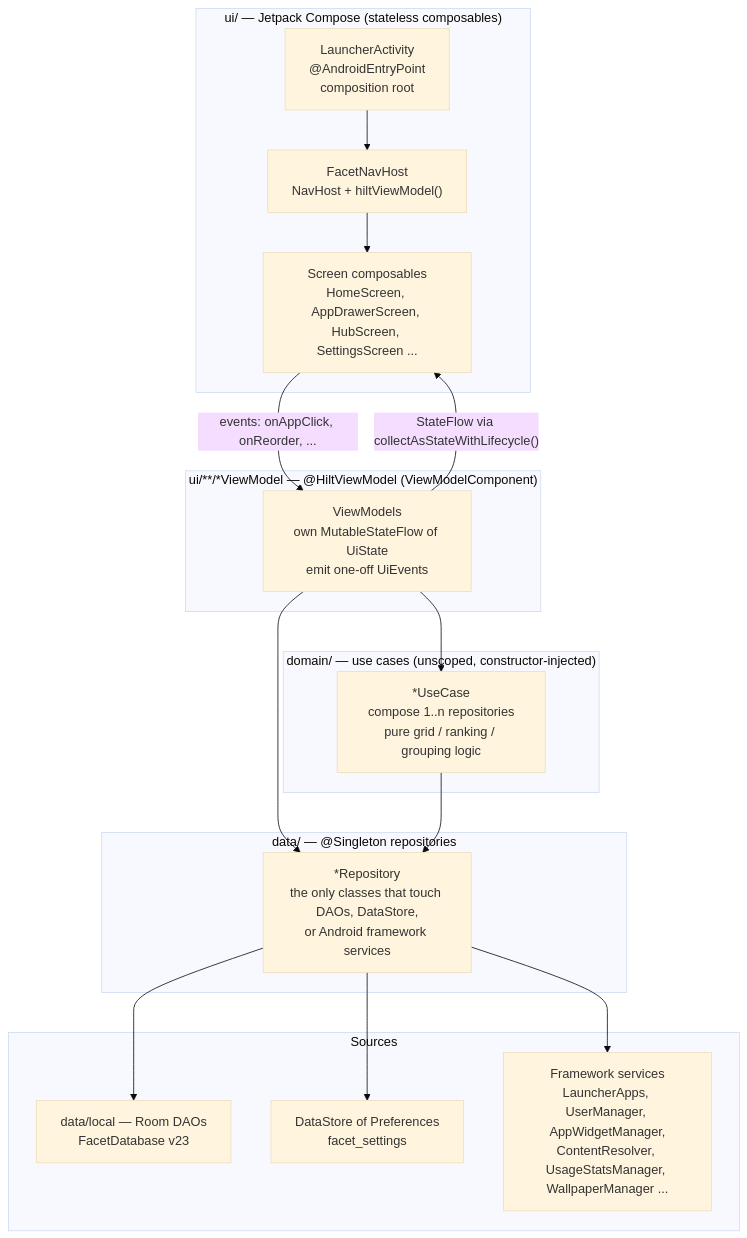
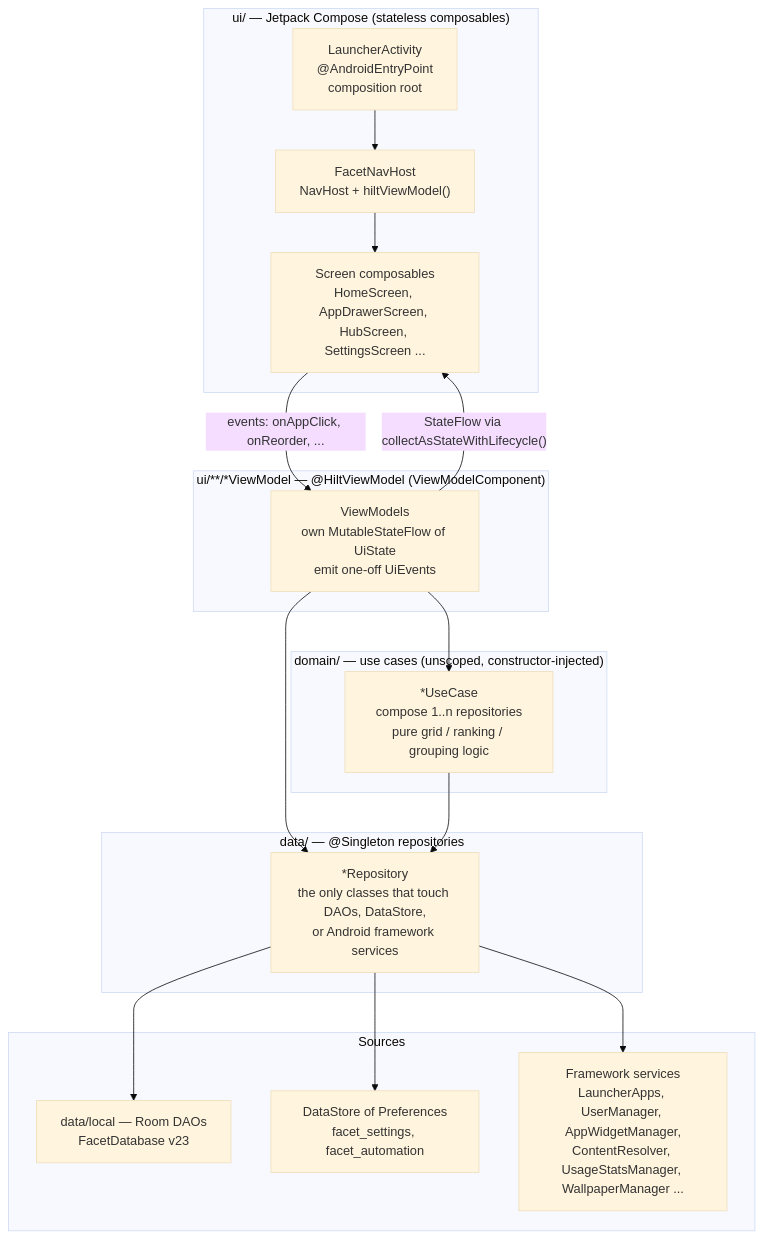
The first of 3 diagrams in docs/architecture/01-architecture-and-layers.md (rohitganjam/facet-launcher), drawn with Mermaid (base theme) before and after one commit. The commit also changed other lines of this file and 34 other files, not shown here.

First line of the commit message:
Route facet switches through ActivateFacetByIdUseCase and add automation state (phase 2)

````diff
--- a/docs/architecture/01-architecture-and-layers.md
+++ b/docs/architecture/01-architecture-and-layers.md
@@ -8,36 +8,36 @@
 ```mermaid
 flowchart TB
     subgraph UI["ui/ — Jetpack Compose (stateless composables)"]
         ACT["LauncherActivity\n@AndroidEntryPoint\ncomposition root"]
         NAV["FacetNavHost\nNavHost + hiltViewModel()"]
         SCR["Screen composables\nHomeScreen, AppDrawerScreen, HubScreen, SettingsScreen ..."]
         ACT --> NAV --> SCR
     end
 
     subgraph VM["ui/**/*ViewModel — @HiltViewModel (ViewModelComponent)"]
         VMS["ViewModels\nown MutableStateFlow of UiState\nemit one-off UiEvents"]
     end
 
     subgraph DOM["domain/ — use cases (unscoped, constructor-injected)"]
         UC["*UseCase\ncompose 1..n repositories\npure grid / ranking / grouping logic"]
     end
 
     subgraph DATA["data/ — @Singleton repositories"]
         REPO["*Repository\nthe only classes that touch DAOs, DataStore,\nor Android framework services"]
     end
 
     subgraph SRC["Sources"]
         DAO["data/local — Room DAOs\nFacetDatabase v23"]
-        DS["DataStore of Preferences\nfacet_settings"]
+        DS["DataStore of Preferences\nfacet_settings, facet_automation"]
         FW["Framework services\nLauncherApps, UserManager, AppWidgetManager,\nContentResolver, UsageStatsManager, WallpaperManager ..."]
     end
 
     SCR -- "events: onAppClick, onReorder, ..." --> VMS
     VMS -- "StateFlow via collectAsStateWithLifecycle()" --> SCR
     VMS --> UC
     VMS --> REPO
     UC --> REPO
     REPO --> DAO
     REPO --> DS
     REPO --> FW
 ```
````
